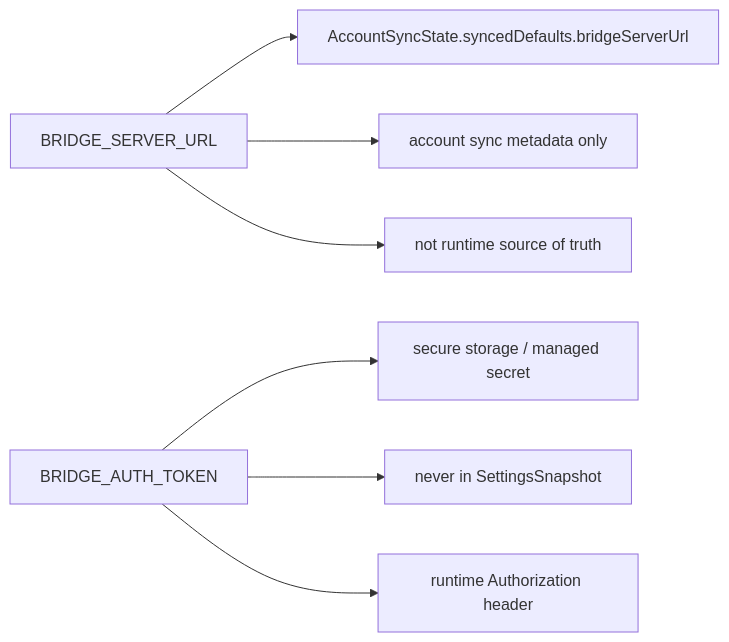
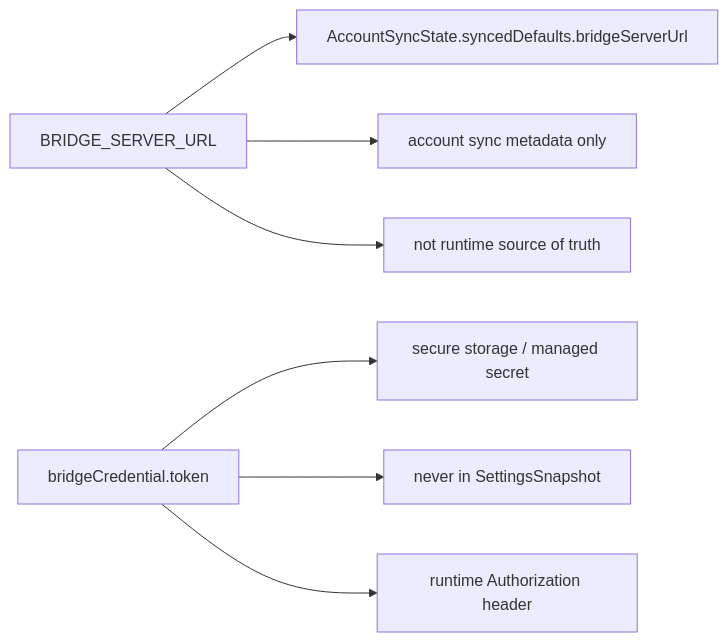
Before and after one commit to ai-workspace-lab/xworkmate-app: the third of 4 diagrams in docs/architecture/account-sync-settings-bridge-state-model.md, drawn with Mermaid. The commit also changed other lines of this file and 4 other files, not shown here.

````diff
--- a/docs/architecture/account-sync-settings-bridge-state-model.md
+++ b/docs/architecture/account-sync-settings-bridge-state-model.md
@@ -84,10 +84,10 @@
 ```mermaid
 flowchart LR
     A["BRIDGE_SERVER_URL"] --> B["AccountSyncState.syncedDefaults.bridgeServerUrl"]
     A --> C["account sync metadata only"]
     A --> D["not runtime source of truth"]
 
-    E["BRIDGE_AUTH_TOKEN"] --> F["secure storage / managed secret"]
+    E["bridgeCredential.token"] --> F["secure storage / managed secret"]
     E --> G["never in SettingsSnapshot"]
     E --> H["runtime Authorization header"]
 ```
````
